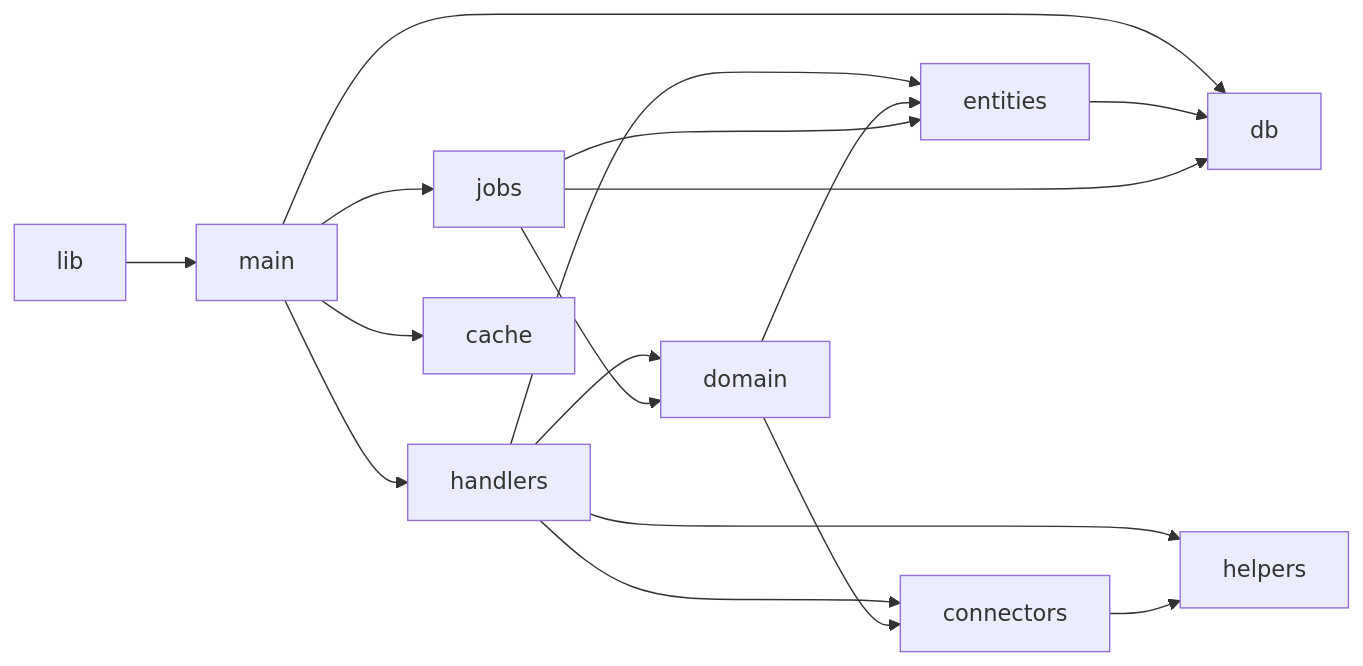
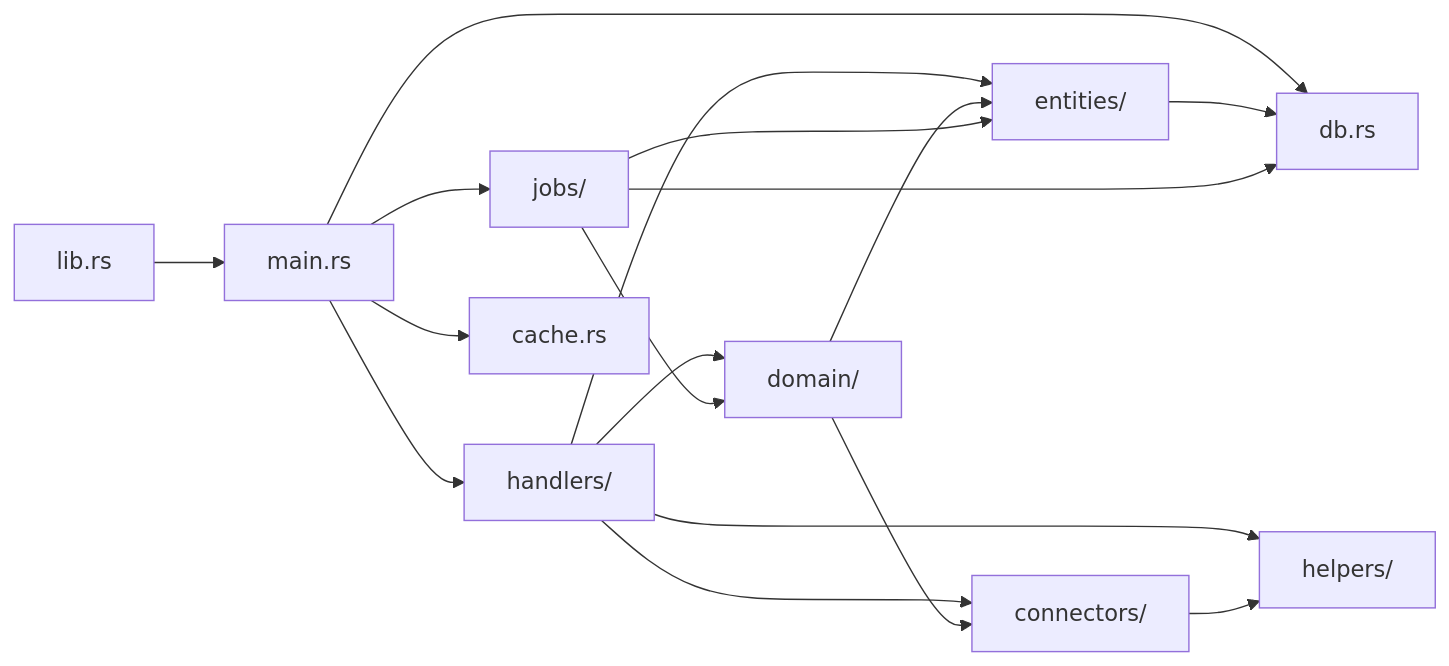
Before and after one commit to doitsu2014/crypto-pocket-butler: the second of 4 diagrams in docs/architecture/01-architecture-design/04-code-structure.md, drawn with Mermaid. The commit also changed other lines of this file and 3 other files, not shown here.

First line of the commit message:
docs: Fix all Mermaid syntax errors for GitHub compatibility

````diff
--- a/docs/architecture/01-architecture-design/04-code-structure.md
+++ b/docs/architecture/01-architecture-design/04-code-structure.md
@@ -60,19 +37,19 @@
 ```mermaid
 graph LR
-    lib --> main
-    main --> handlers
-    main --> db
-    main --> jobs
-    main --> cache
-    handlers --> domain
-    handlers --> entities
-    handlers --> connectors
-    handlers --> helpers
-    domain --> entities
-    domain --> connectors
-    entities --> db
-    connectors --> helpers
-    jobs --> db
-    jobs --> entities
-    jobs --> domain
+    L[lib.rs] --> M[main.rs]
+    M --> H[handlers/]
+    M --> D[db.rs]
+    M --> J[jobs/]
+    M --> C[cache.rs]
+    H --> DM[domain/]
+    H --> E[entities/]
+    H --> CN[connectors/]
+    H --> HP[helpers/]
+    DM --> E
+    DM --> CN
+    E --> D
+    CN --> HP
+    J --> D
+    J --> E
+    J --> DM
 ```
````
